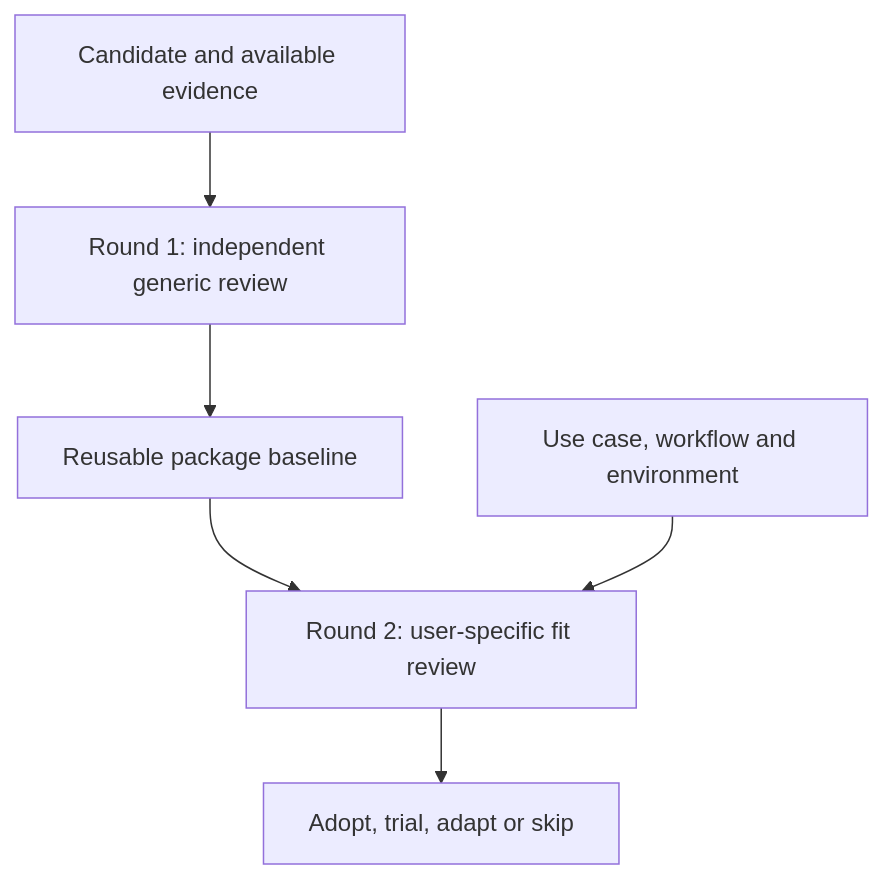
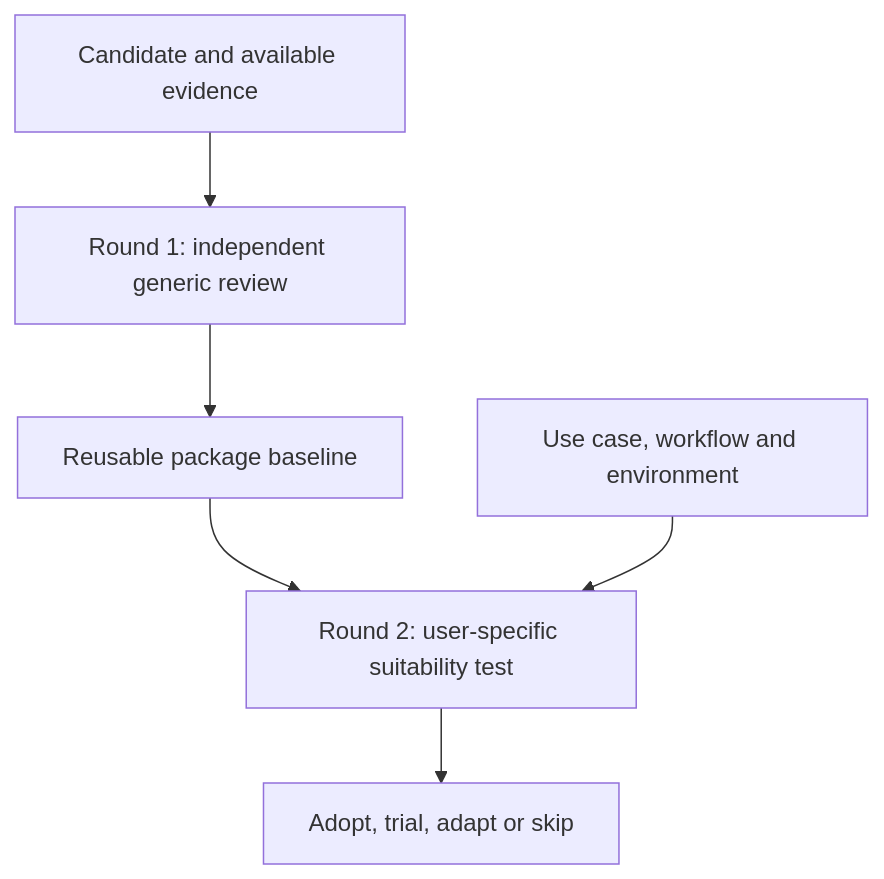
Before and after one commit to TianjinAI/skill-evaluator: the diagram in README.md, drawn with Mermaid. The commit also changed other lines of this file and 13 other files, not shown here.

Commit message:
Clarify suitability testing and add private installed-skill overlap review

````diff
--- a/README.md
+++ b/README.md
@@ -15,8 +15,8 @@
 ```mermaid
 flowchart TD
     A[Candidate and available evidence] --> B[Round 1: independent generic review]
     B --> C[Reusable package baseline]
-    C --> D[Round 2: user-specific fit review]
+    C --> D[Round 2: user-specific suitability test]
     E[Use case, workflow and environment] --> D
     D --> F[Adopt, trial, adapt or skip]
 ```
````
